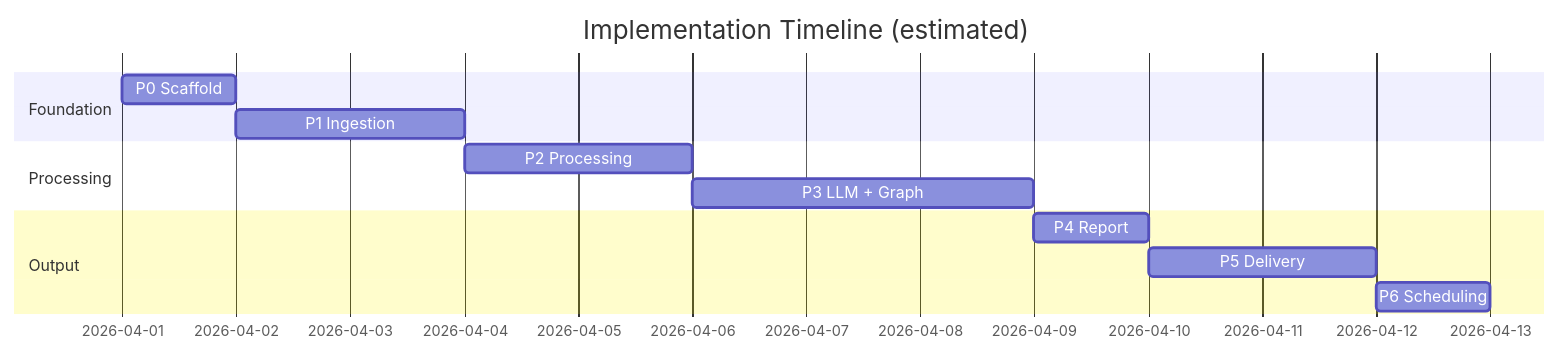
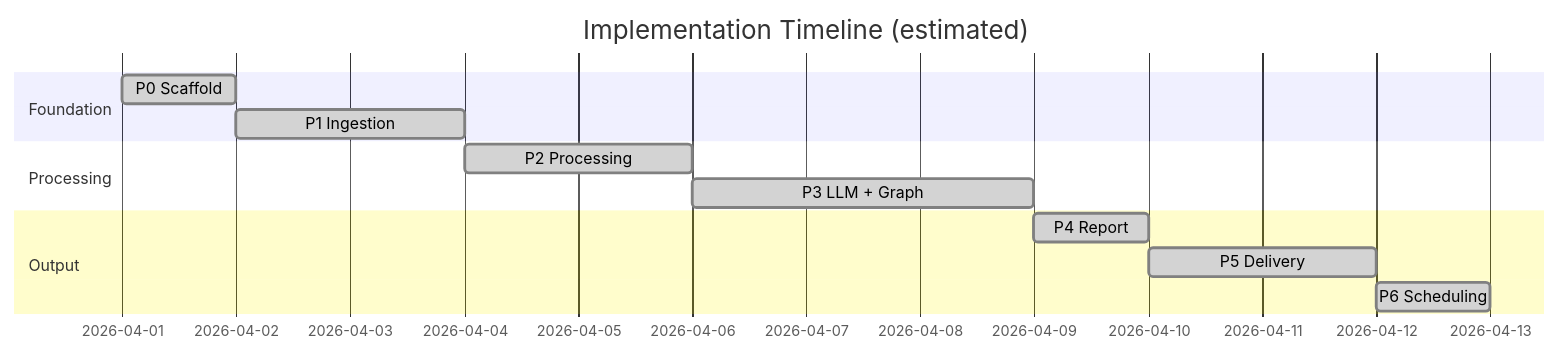
Before and after one commit to tambeaditya101/review-pulse-backend: the diagram in docs/implementation-plan.md, drawn with Mermaid. The commit also changed other lines of this file and 6 other files, not shown here.

````diff
--- a/docs/implementation-plan.md
+++ b/docs/implementation-plan.md
@@ -12,15 +14,15 @@
 ```mermaid
 gantt
     title Implementation Timeline (estimated)
     dateFormat  YYYY-MM-DD
     section Foundation
-    P0 Scaffold           :p0, 2026-04-01, 1d
-    P1 Ingestion          :p1, after p0, 2d
+    P0 Scaffold           :done, p0, 2026-04-01, 1d
+    P1 Ingestion          :done, p1, after p0, 2d
     section Processing
-    P2 Processing         :p2, after p1, 2d
-    P3 LLM + Graph        :p3, after p2, 3d
+    P2 Processing         :done, p2, after p1, 2d
+    P3 LLM + Graph        :done, p3, after p2, 3d
     section Output
-    P4 Report             :p4, after p3, 1d
-    P5 Delivery           :p5, after p4, 2d
-    P6 Scheduling         :p6, after p5, 1d
+    P4 Report             :done, p4, after p3, 1d
+    P5 Delivery           :done, p5, after p4, 2d
+    P6 Scheduling         :done, p6, after p5, 1d
 ```
````
